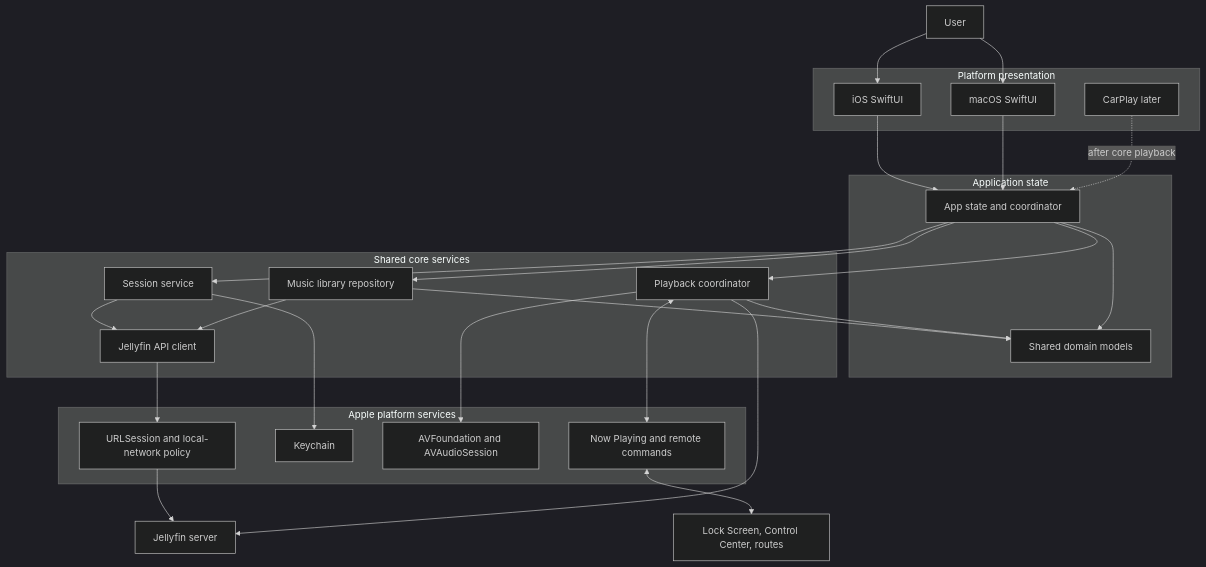
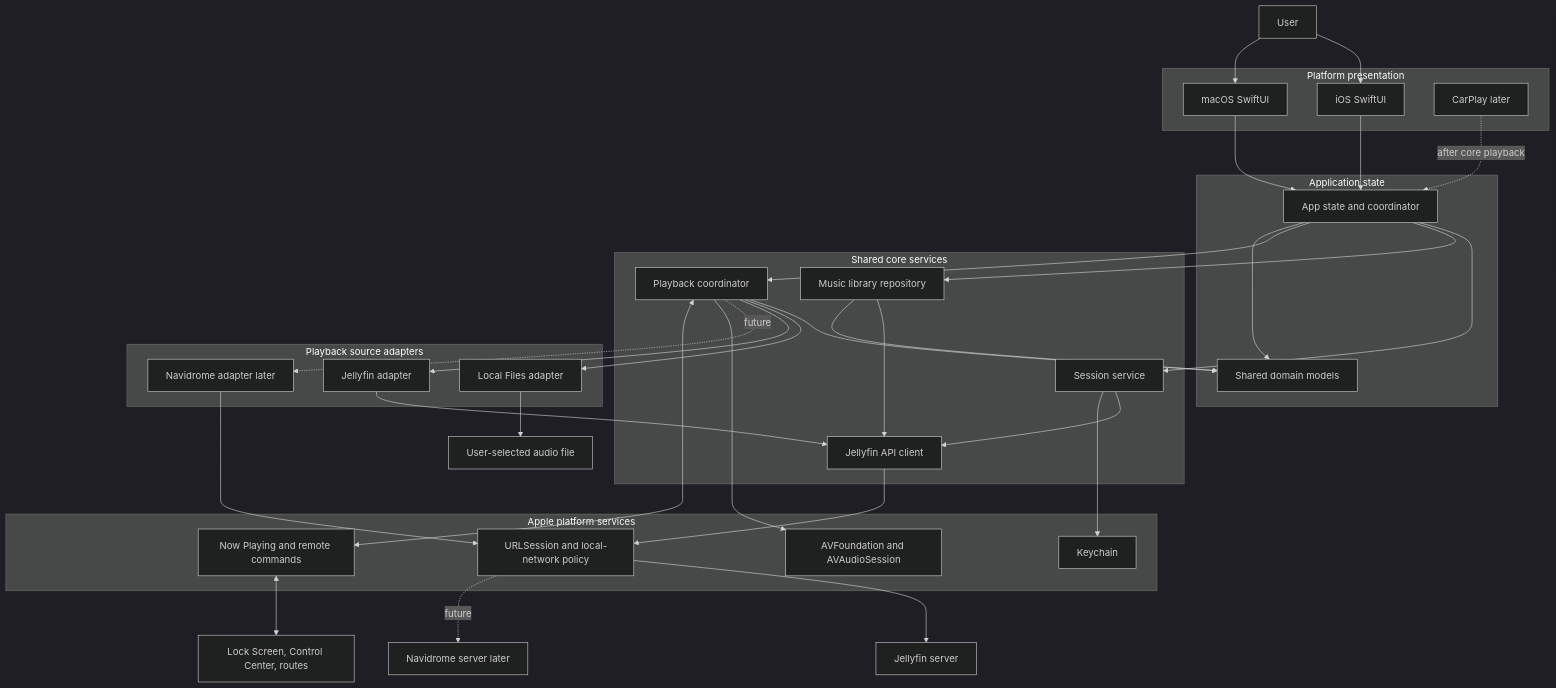
The first of 4 diagrams in docs/architecture.md (schillt/velacanto), drawn with Mermaid (dark theme) before and after one commit. The commit also changed other lines of this file and 26 other files, not shown here.

Commit message:
Add working local playback prototype and platform foundation

````diff
--- a/docs/architecture.md
+++ b/docs/architecture.md
@@ -8,55 +8,69 @@
 ```mermaid
 flowchart TB
     User["User"]
     SystemUI["Lock Screen, Control Center, routes"]
 
     subgraph Presentation["Platform presentation"]
         IOS["iOS SwiftUI"]
         Mac["macOS SwiftUI"]
         CarPlay["CarPlay later"]
     end
 
     subgraph Application["Application state"]
         Coordinator["App state and coordinator"]
         Models["Shared domain models"]
     end
 
     subgraph Core["Shared core services"]
         Session["Session service"]
         API["Jellyfin API client"]
         Library["Music library repository"]
         Playback["Playback coordinator"]
     end
 
+    subgraph Sources["Playback source adapters"]
+        LocalAdapter["Local Files adapter"]
+        JellyfinAdapter["Jellyfin adapter"]
+        NavidromeAdapter["Navidrome adapter later"]
+    end
+
     subgraph Apple["Apple platform services"]
         Networking["URLSession and local-network policy"]
         Keychain["Keychain"]
         AV["AVFoundation and AVAudioSession"]
         Media["Now Playing and remote commands"]
     end
 
+    LocalFile["User-selected audio file"]
     Jellyfin["Jellyfin server"]
+    Navidrome["Navidrome server later"]
 
     User --> IOS
     User --> Mac
     IOS --> Coordinator
     Mac --> Coordinator
     CarPlay -. "after core playback" .-> Coordinator
 
     Coordinator --> Session
     Coordinator --> Library
     Coordinator --> Playback
     Coordinator --> Models
 
     Session --> API
     Session --> Keychain
     Library --> API
     Library --> Models
     Playback --> Models
+    Playback --> LocalAdapter
+    Playback --> JellyfinAdapter
+    Playback -. "future" .-> NavidromeAdapter
+    LocalAdapter --> LocalFile
+    JellyfinAdapter --> API
+    NavidromeAdapter --> Networking
     API --> Networking
     Networking --> Jellyfin
-    Playback --> Jellyfin
+    Networking -. "future" .-> Navidrome
     Playback --> AV
     Playback <--> Media
     Media <--> SystemUI
 ```
````
